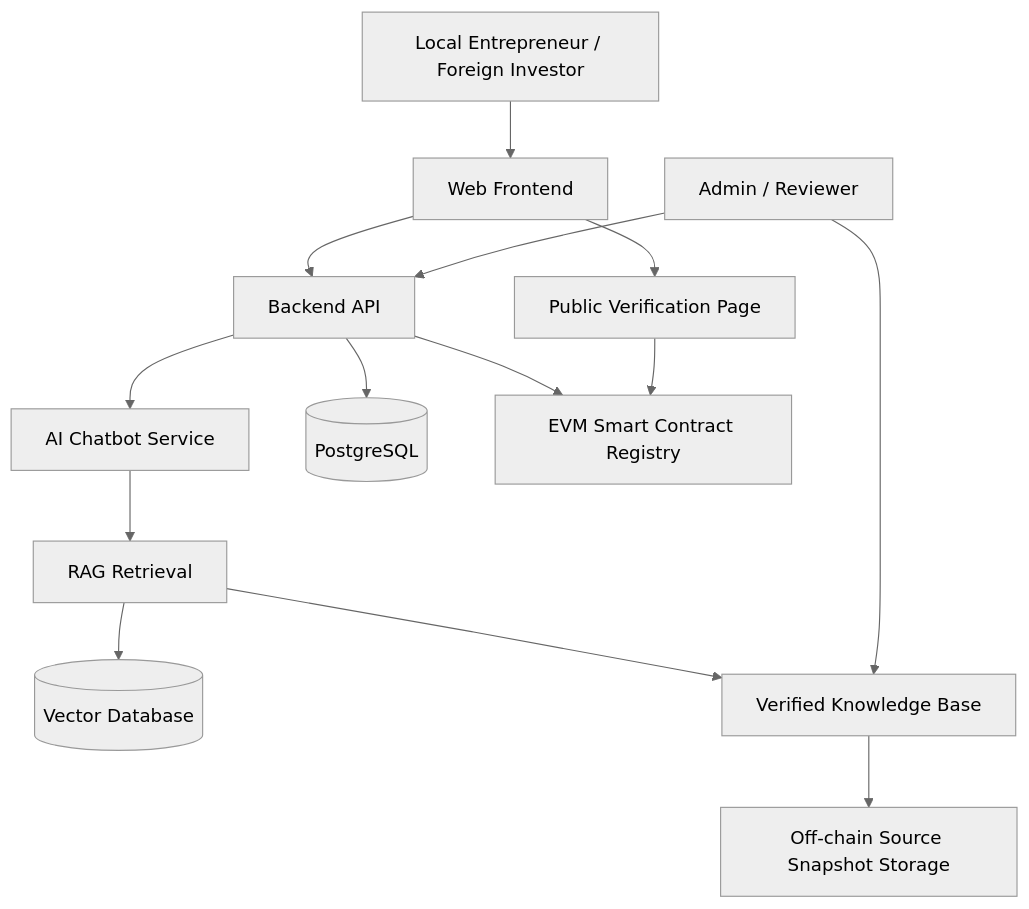
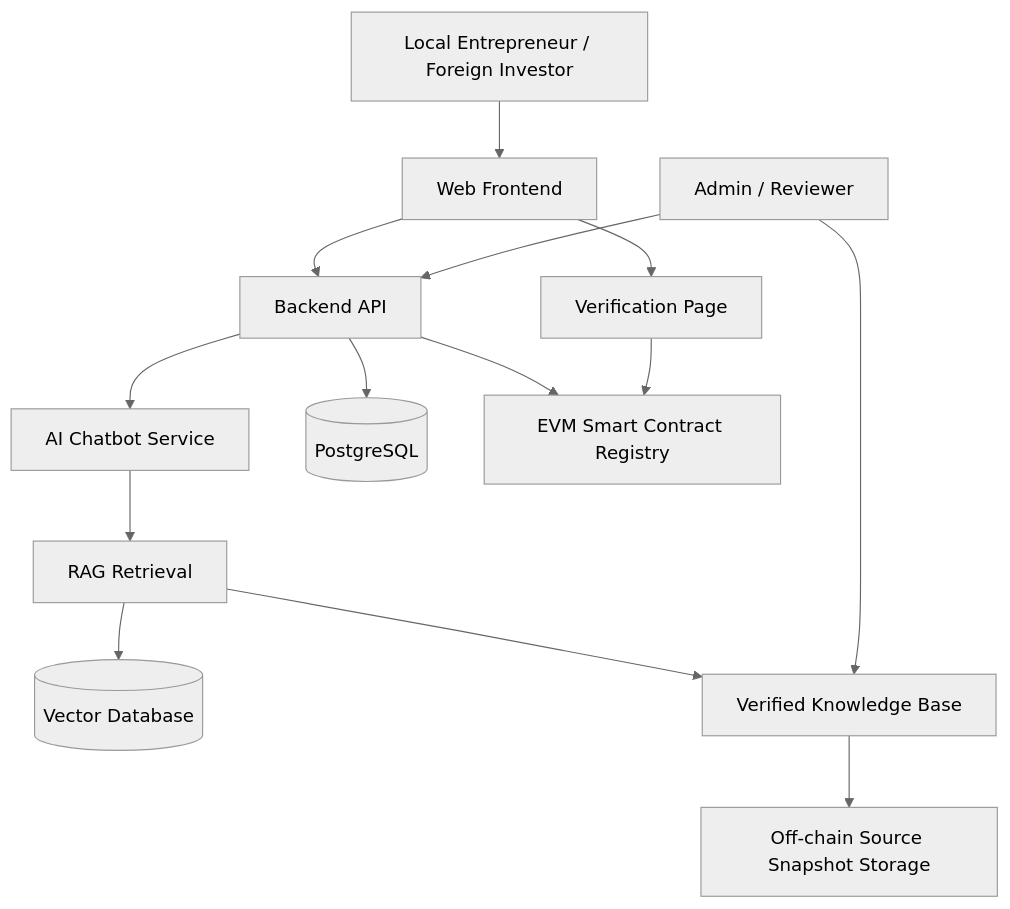
The diagram in docs/02-five-section-brainstorming-draft.md (MAWOW1000/da-nang-bizguide), drawn with Mermaid (neutral theme) before and after one commit. The commit also changed other lines of this file, not shown here.

````diff
--- a/docs/02-five-section-brainstorming-draft.md
+++ b/docs/02-five-section-brainstorming-draft.md
@@ -386,16 +162,16 @@
 ```mermaid
 flowchart TD
     U[Local Entrepreneur / Foreign Investor] --> FE[Web Frontend]
     FE --> API[Backend API]
     API --> CHAT[AI Chatbot Service]
     CHAT --> RAG[RAG Retrieval]
     RAG --> VDB[(Vector Database)]
     RAG --> KB[Verified Knowledge Base]
     API --> DB[(PostgreSQL)]
     API --> BC[EVM Smart Contract Registry]
     ADMIN[Admin / Reviewer] --> API
     ADMIN --> KB
     KB --> STORAGE[Off-chain Source Snapshot Storage]
-    FE --> VERIFY[Public Verification Page]
+    FE --> VERIFY[Verification Page]
     VERIFY --> BC
 ```
````
